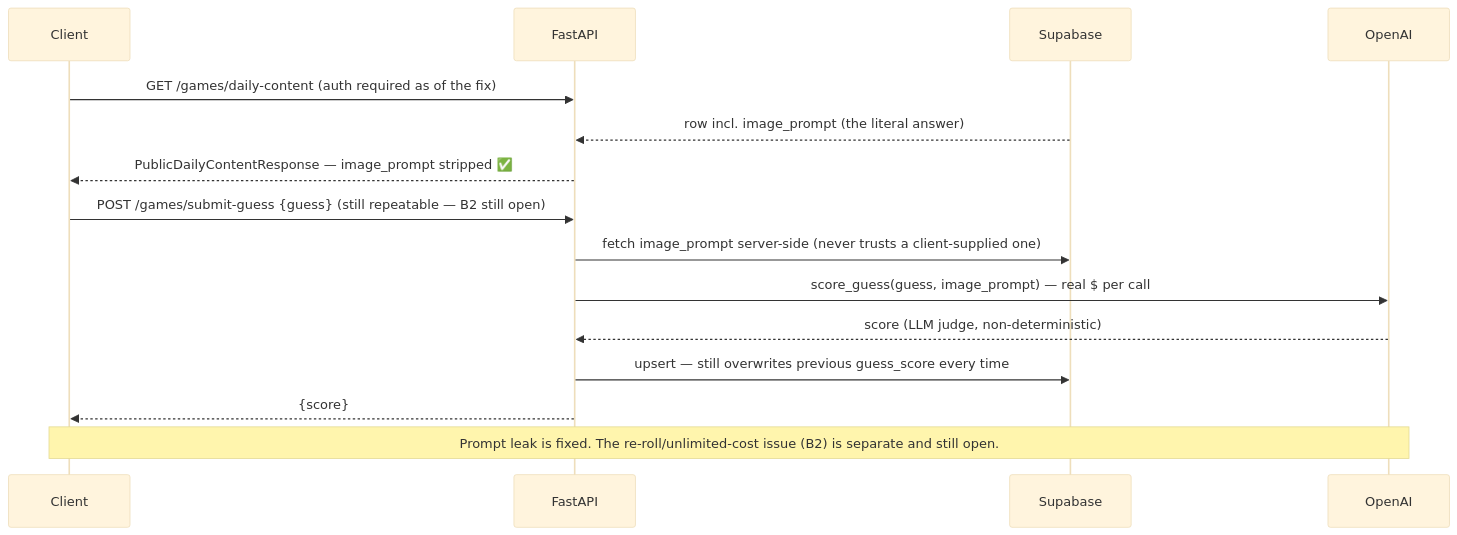
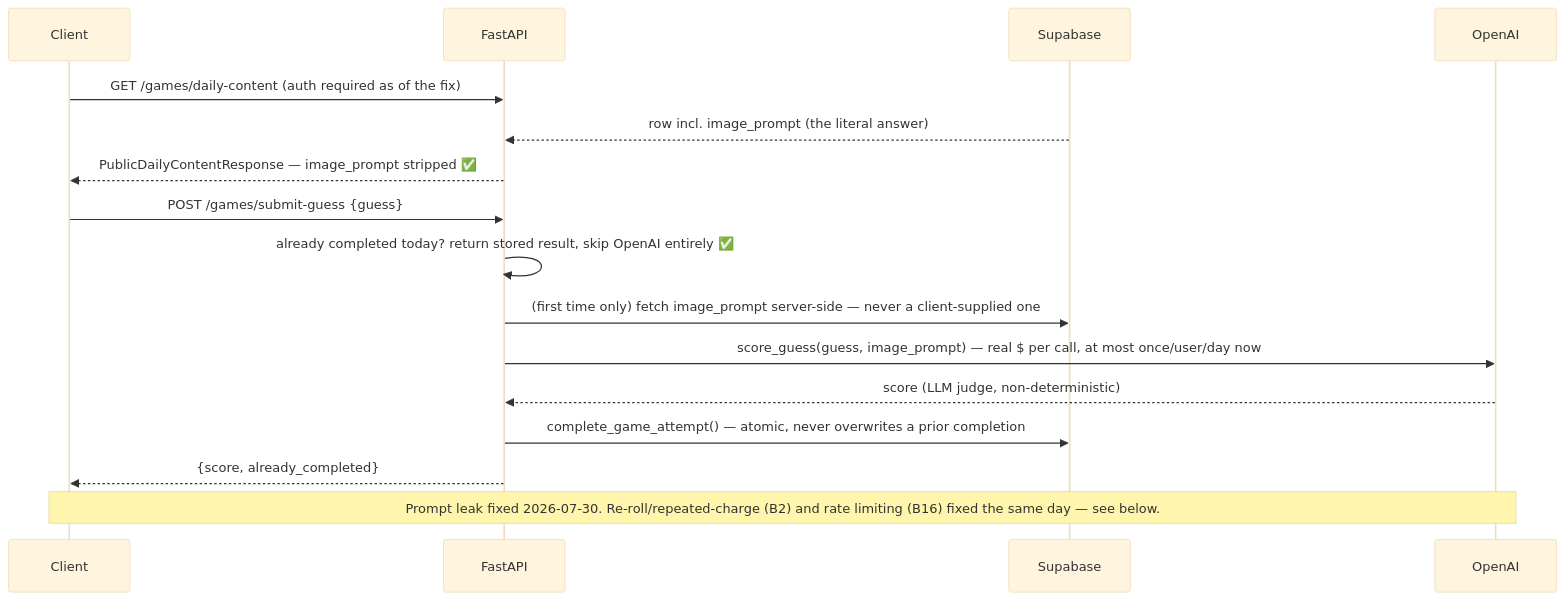
The third of 3 diagrams in PRODUCTION_AUDIT.md (ShayanManoharan/blipz-backend), drawn with Mermaid (base theme) before and after one commit. The commit also changed other lines of this file and 11 other files, not shown here.

````diff
--- a/PRODUCTION_AUDIT.md
+++ b/PRODUCTION_AUDIT.md
@@ -111,18 +111,19 @@
 ```mermaid
 sequenceDiagram
     participant Client
     participant API as FastAPI
     participant DB as Supabase
     participant AI as OpenAI
 
     Client->>API: GET /games/daily-content (auth required as of the fix)
     DB-->>API: row incl. image_prompt (the literal answer)
     API-->>Client: PublicDailyContentResponse — image_prompt stripped ✅
-    Client->>API: POST /games/submit-guess {guess} (still repeatable — B2 still open)
-    API->>DB: fetch image_prompt server-side (never trusts a client-supplied one)
-    API->>AI: score_guess(guess, image_prompt) — real $ per call
+    Client->>API: POST /games/submit-guess {guess}
+    API->>API: already completed today? return stored result, skip OpenAI entirely ✅
+    API->>DB: (first time only) fetch image_prompt server-side — never a client-supplied one
+    API->>AI: score_guess(guess, image_prompt) — real $ per call, at most once/user/day now
     AI-->>API: score (LLM judge, non-deterministic)
-    API->>DB: upsert — still overwrites previous guess_score every time
-    API-->>Client: {score}
-    Note over Client,AI: Prompt leak is fixed. The re-roll/unlimited-cost issue (B2) is separate and still open.
+    API->>DB: complete_game_attempt() — atomic, never overwrites a prior completion
+    API-->>Client: {score, already_completed}
+    Note over Client,AI: Prompt leak fixed 2026-07-30. Re-roll/repeated-charge (B2) and rate limiting (B16) fixed the same day — see below.
 ```
````
